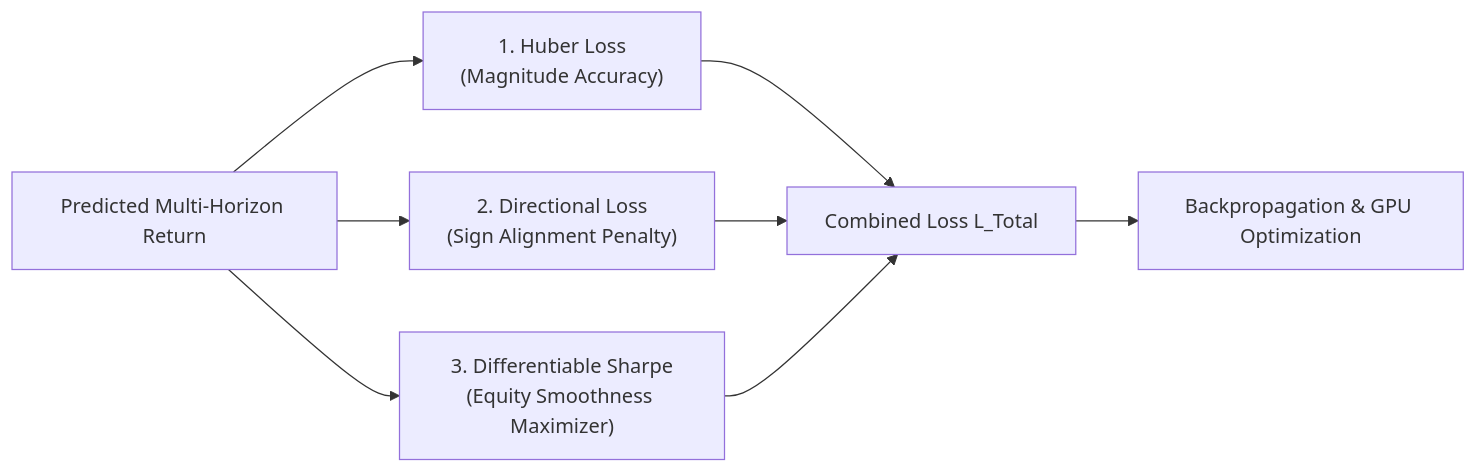
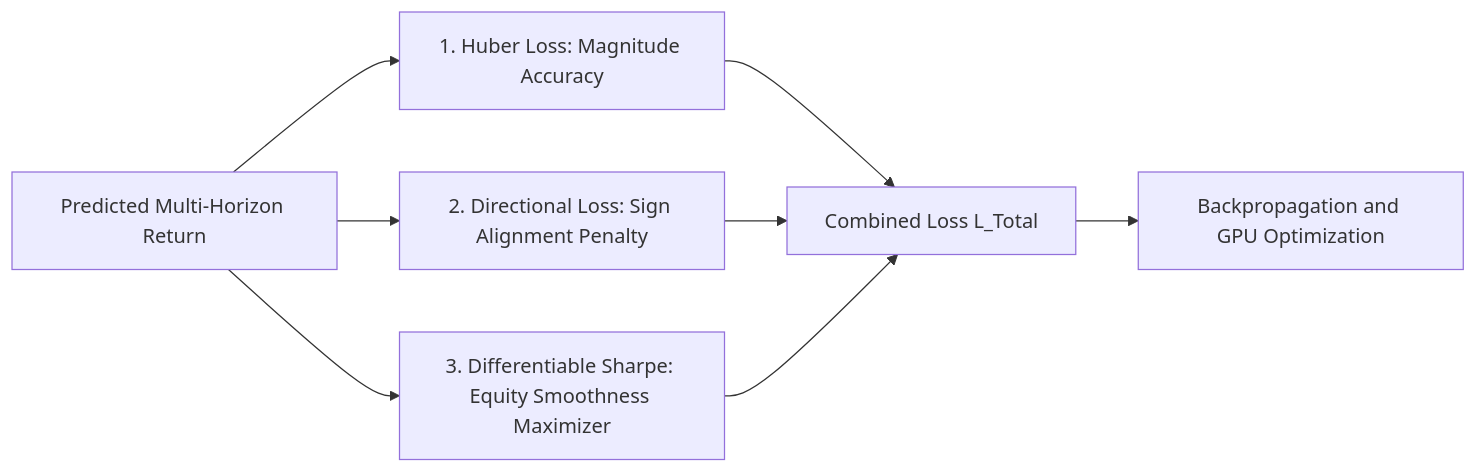
The third of 3 diagrams in docs/WHITE_PAPER.md (ElMoorish/AetherQuant-MT5), drawn with Mermaid before and after one commit. The commit also changed other lines of this file and 1 other file, not shown here.

Commit message:
docs: Convert all diagrams to universal Mermaid graph TD/LR standard

````diff
--- a/docs/WHITE_PAPER.md
+++ b/docs/WHITE_PAPER.md
@@ -156,10 +153,10 @@
 ```mermaid
-flowchart LR
-    A["Predicted Multi-Horizon Return"] --> B["1. Huber Loss<br/>(Magnitude Accuracy)"]
-    A --> C["2. Directional Loss<br/>(Sign Alignment Penalty)"]
-    A --> D["3. Differentiable Sharpe<br/>(Equity Smoothness Maximizer)"]
-    B --> E["Combined Loss L_Total"]
+graph LR
+    A[Predicted Multi-Horizon Return] --> B[1. Huber Loss: Magnitude Accuracy]
+    A --> C[2. Directional Loss: Sign Alignment Penalty]
+    A --> D[3. Differentiable Sharpe: Equity Smoothness Maximizer]
+    B --> E[Combined Loss L_Total]
     C --> E
     D --> E
-    E --> F["Backpropagation & GPU Optimization"]
+    E --> F[Backpropagation and GPU Optimization]
 ```
````
